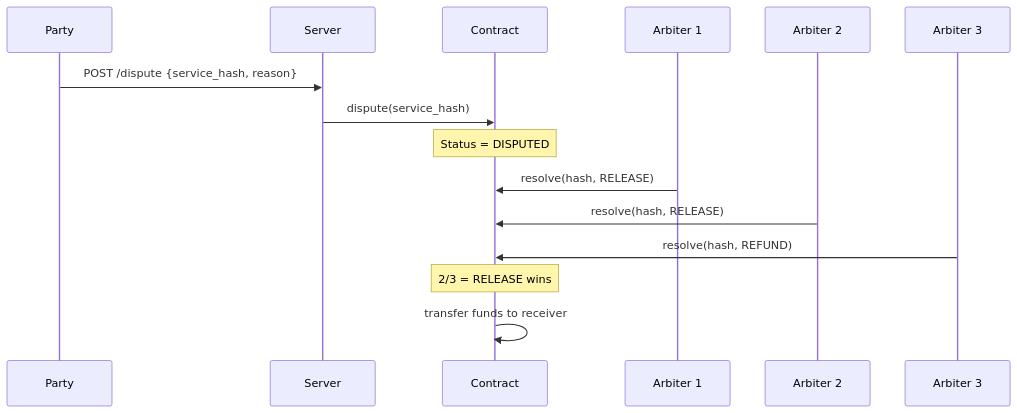
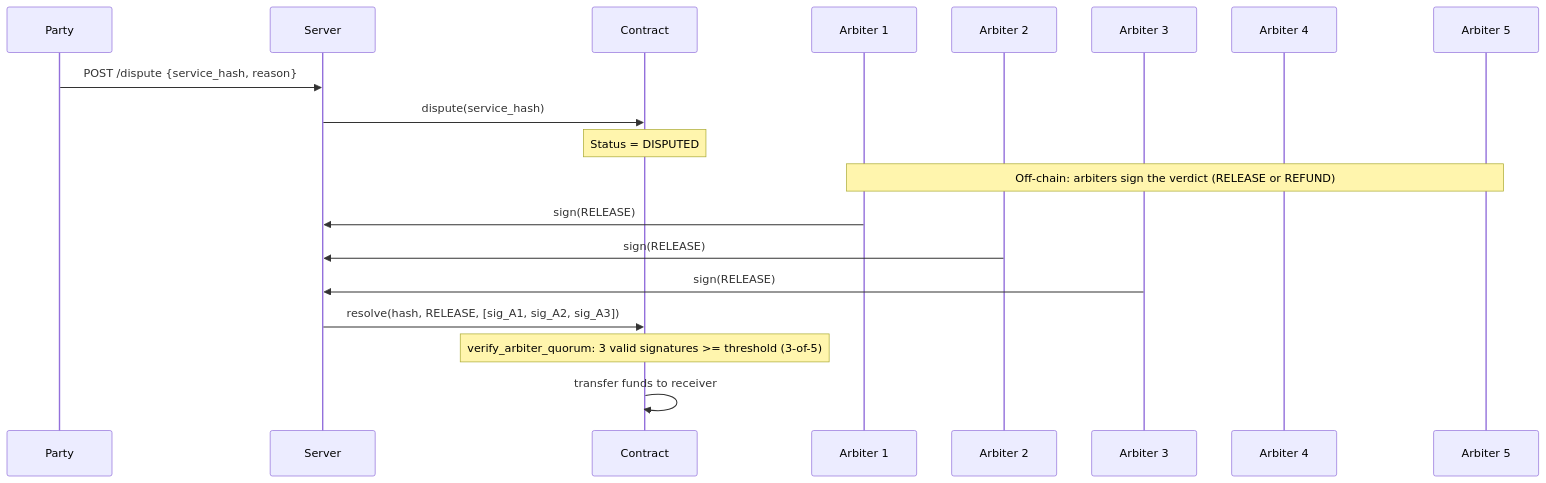
The third of 4 diagrams in docs/ARCHITECTURE.md (alexbelij/AgentEscrow402), drawn with Mermaid before and after one commit. The commit also changed other lines of this file and 14 other files, not shown here.

````diff
--- a/docs/ARCHITECTURE.md
+++ b/docs/ARCHITECTURE.md
@@ -49,19 +52,23 @@
 ```mermaid
 sequenceDiagram
     participant P as Party
     participant S as Server
     participant C as Contract
     participant A1 as Arbiter 1
     participant A2 as Arbiter 2
     participant A3 as Arbiter 3
+    participant A4 as Arbiter 4
+    participant A5 as Arbiter 5
 
     P->>S: POST /dispute {service_hash, reason}
     S->>C: dispute(service_hash)
     Note over C: Status = DISPUTED
 
-    A1->>C: resolve(hash, RELEASE)
-    A2->>C: resolve(hash, RELEASE)
-    A3->>C: resolve(hash, REFUND)
-    Note over C: 2/3 = RELEASE wins
+    Note over A1,A5: Off-chain: arbiters sign the verdict (RELEASE or REFUND)
+    A1->>S: sign(RELEASE)
+    A2->>S: sign(RELEASE)
+    A3->>S: sign(RELEASE)
+    S->>C: resolve(hash, RELEASE, [sig_A1, sig_A2, sig_A3])
+    Note over C: verify_arbiter_quorum: 3 valid signatures >= threshold (3-of-5)
     C->>C: transfer funds to receiver
 ```
````
